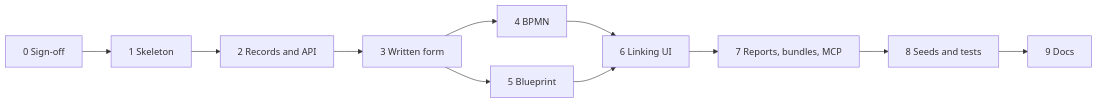
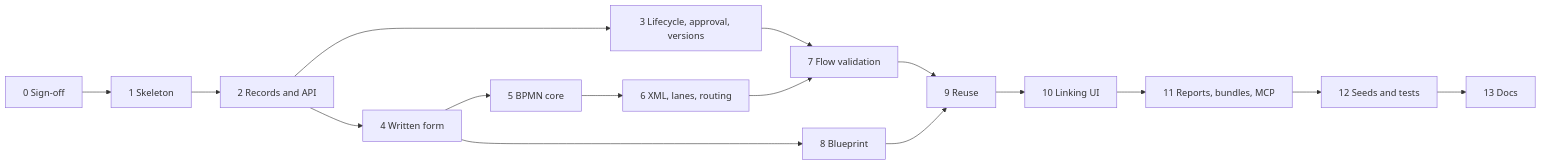
One commit to ballardr/reqtrackmanager changed the first of 3 diagrams in docs/plans/module-16-workflow-capture-plan.md. Above: the diagram before and after it, drawn with Mermaid. The commit also changed other lines of this file and 131 other files, not shown here.

````diff
--- a/docs/plans/module-16-workflow-capture-plan.md
+++ b/docs/plans/module-16-workflow-capture-plan.md
@@ -24,13 +28,18 @@
 ```mermaid
 flowchart LR
     P0["0 Sign-off"] --> P1["1 Skeleton"]
     P1 --> P2["2 Records and API"]
-    P2 --> P3["3 Written form"]
-    P3 --> P4["4 BPMN"]
-    P3 --> P5["5 Blueprint"]
-    P4 --> P6["6 Linking UI"]
-    P5 --> P6
-    P6 --> P7["7 Reports, bundles, MCP"]
-    P7 --> P8["8 Seeds and tests"]
-    P8 --> P9["9 Docs"]
+    P2 --> P3["3 Lifecycle, approval, versions"]
+    P2 --> P4["4 Written form"]
+    P4 --> P5["5 BPMN core"]
+    P5 --> P6["6 XML, lanes, routing"]
+    P3 --> P7["7 Flow validation"]
+    P6 --> P7
+    P4 --> P8["8 Blueprint"]
+    P7 --> P9["9 Reuse"]
+    P8 --> P9
+    P9 --> P10["10 Linking UI"]
+    P10 --> P11["11 Reports, bundles, MCP"]
+    P11 --> P12["12 Seeds and tests"]
+    P12 --> P13["13 Docs"]
 ```
````
